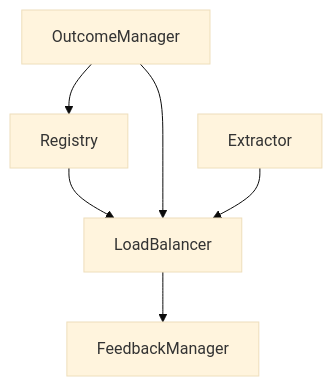
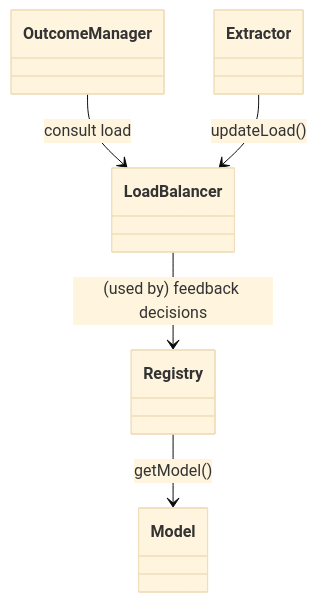
Before and after one commit to VishuKalier2003/Enterprise-Components: the third of 6 diagrams in chainofresponsibility/extreme/multioutcomechain/Readme.md, drawn with Mermaid (base theme). The commit also changed other lines of this file, not shown here.

````diff
--- a/chainofresponsibility/extreme/multioutcomechain/Readme.md
+++ b/chainofresponsibility/extreme/multioutcomechain/Readme.md
@@ -334,8 +213,7 @@
 ```mermaid
-graph TB
-  Registry --> LoadBalancer
-  OutcomeManager --> Registry
-  OutcomeManager --> LoadBalancer
-  Extractor --> LoadBalancer
-  LoadBalancer --> FeedbackManager
+classDiagram
+    Registry --> Model : getModel()
+    OutcomeManager --> LoadBalancer : consult load
+    LoadBalancer --> Registry : (used by) feedback decisions
+    Extractor --> LoadBalancer : updateLoad()
 ```
````
